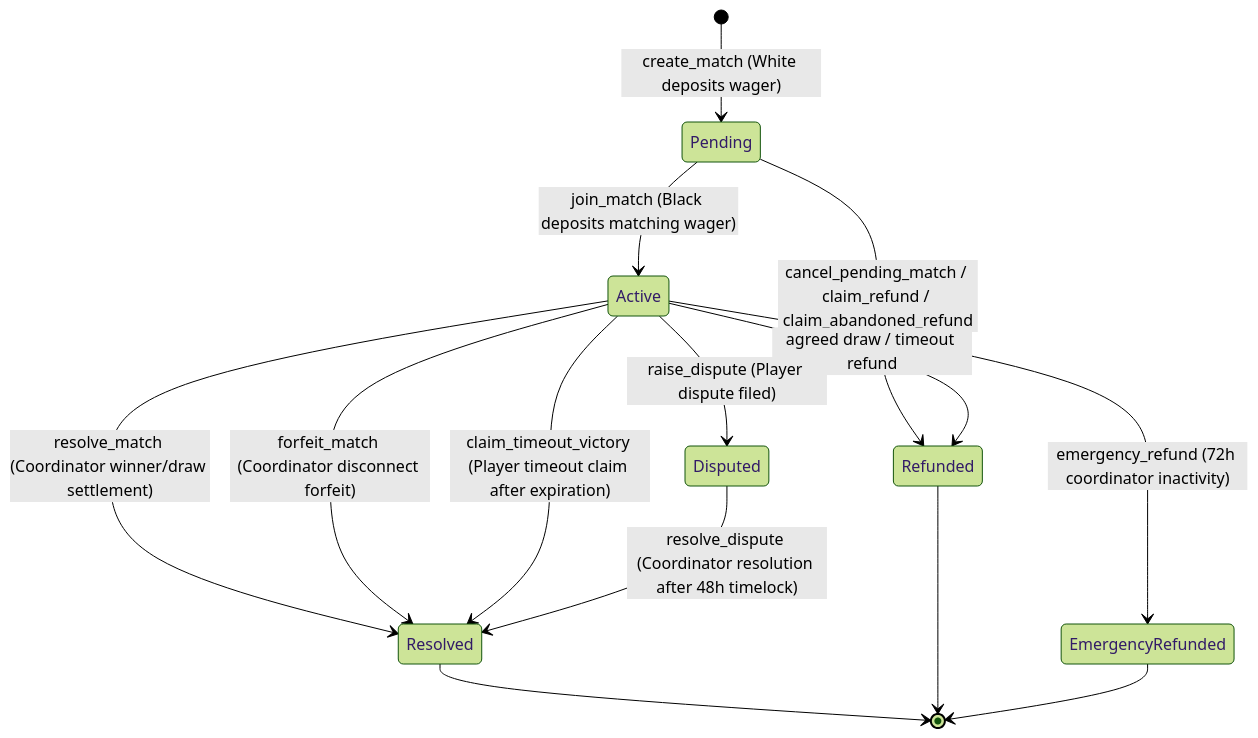
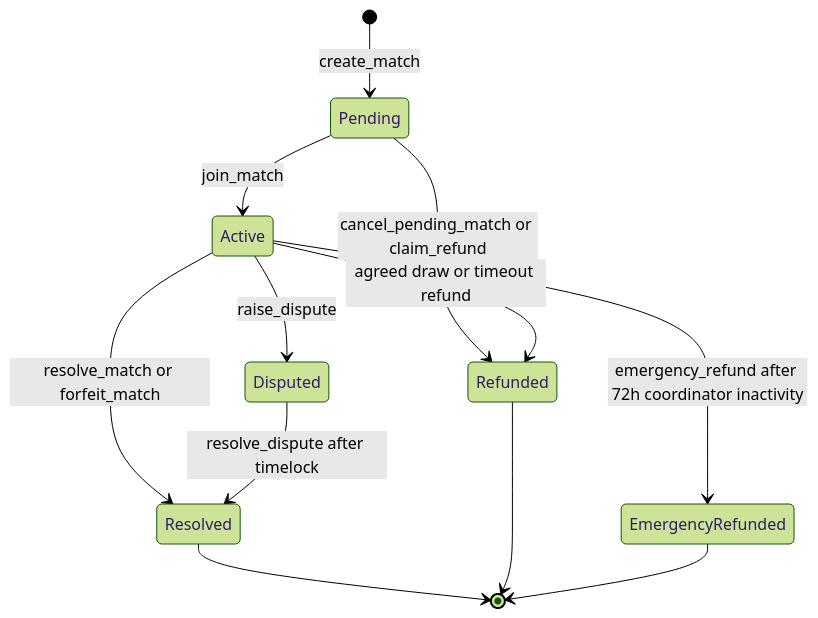
The third of 3 diagrams in docs/ARCHITECTURE.md (Kaycee276/Chesster), drawn with Mermaid (forest theme) before and after one commit. The commit also changed other lines of this file and 1 other file, not shown here.

Commit message:
revert: revert PR #618 ("docs(architecture): author system architecture overview and escrow sequence diagrams (#545)")

````diff
--- a/docs/ARCHITECTURE.md
+++ b/docs/ARCHITECTURE.md
@@ -229,16 +56,14 @@
 ```mermaid
 stateDiagram-v2
-    [*] --> Pending: create_match (White deposits wager)
-    Pending --> Active: join_match (Black deposits matching wager)
-    Pending --> Refunded: cancel_pending_match / claim_refund / claim_abandoned_refund
-    Active --> Resolved: resolve_match (Coordinator winner/draw settlement)
-    Active --> Resolved: forfeit_match (Coordinator disconnect forfeit)
-    Active --> Resolved: claim_timeout_victory (Player timeout claim after expiration)
-    Active --> Refunded: agreed draw / timeout refund
-    Active --> EmergencyRefunded: emergency_refund (72h coordinator inactivity)
-    Active --> Disputed: raise_dispute (Player dispute filed)
-    Disputed --> Resolved: resolve_dispute (Coordinator resolution after 48h timelock)
-    Resolved --> [*]
-    Refunded --> [*]
-    EmergencyRefunded --> [*]
+  [*] --> Pending: create_match
+  Pending --> Active: join_match
+  Pending --> Refunded: cancel_pending_match or claim_refund
+  Active --> Resolved: resolve_match or forfeit_match
+  Active --> Refunded: agreed draw or timeout refund
+  Active --> EmergencyRefunded: emergency_refund after 72h coordinator inactivity
+  Active --> Disputed: raise_dispute
+  Disputed --> Resolved: resolve_dispute after timelock
+  Resolved --> [*]
+  Refunded --> [*]
+  EmergencyRefunded --> [*]
 ```
````
